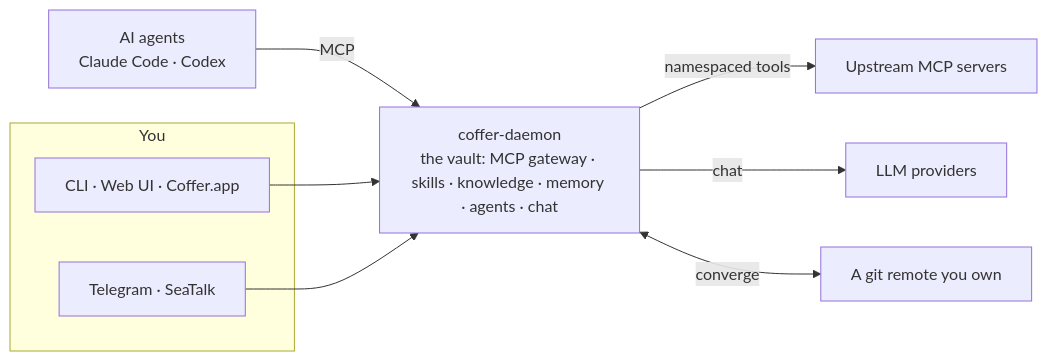
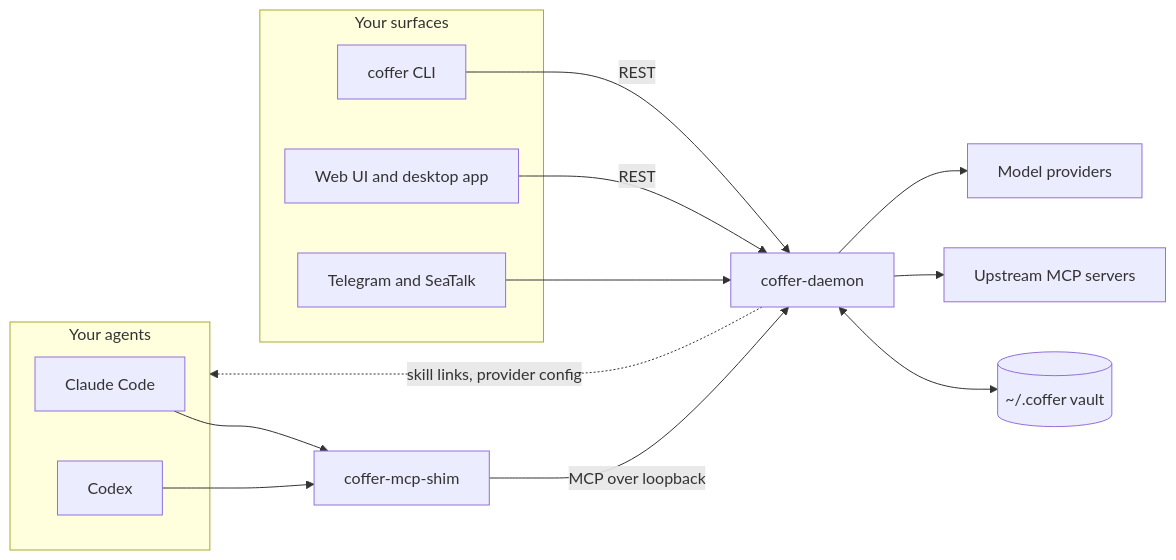
Before and after one commit to wyx-sg/Coffer: the diagram in docs-site/index.md, drawn with Mermaid. The commit also changed other lines of this file and 90 other files, not shown here.

````diff
--- a/docs-site/index.md
+++ b/docs-site/index.md
@@ -31,14 +52,22 @@
 ```mermaid
 flowchart LR
-  subgraph You["You"]
-    UI["CLI · Web UI · Coffer.app"]
-    IM["Telegram · SeaTalk"]
+  subgraph agents["Your agents"]
+    CC["Claude Code"]
+    CX["Codex"]
   end
-  A["AI agents<br/>Claude Code · Codex"] -->|MCP| D
-  UI --> D
+  subgraph surfaces["Your surfaces"]
+    CLI["coffer CLI"]
+    WEB["Web UI and desktop app"]
+    IM["Telegram and SeaTalk"]
+  end
+  CC --> SHIM["coffer-mcp-shim"]
+  CX --> SHIM
+  SHIM -->|"MCP over loopback"| D["coffer-daemon"]
+  CLI -->|"REST"| D
+  WEB -->|"REST"| D
   IM --> D
-  D["coffer-daemon<br/>the vault: MCP gateway · skills · knowledge · memory · agents · chat"]
-  D -->|namespaced tools| U["Upstream MCP servers"]
-  D -->|chat| L["LLM providers"]
-  D <-->|converge| G["A git remote you own"]
+  D <--> V[("~/.coffer vault")]
+  D --> UP["Upstream MCP servers"]
+  D --> PR["Model providers"]
+  D -.->|"skill links, provider config"| agents
 ```
````
